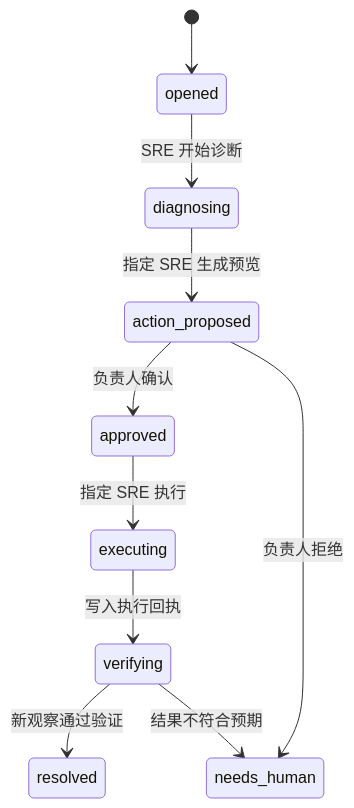
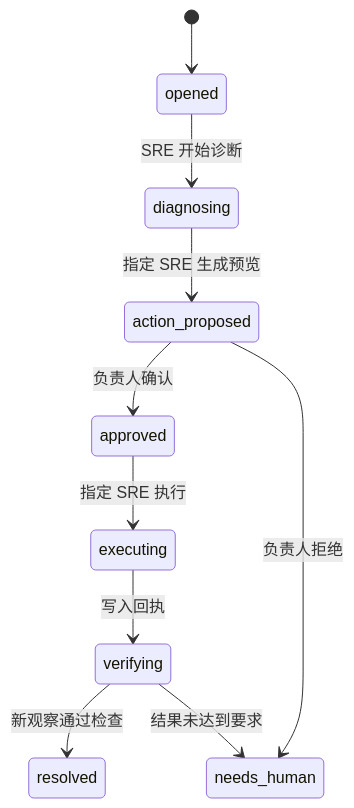
The second of 2 diagrams in book/part-4/chapter-17.md (LENSHOOD/enterprise-context-book), drawn with Mermaid before and after one commit. The commit also changed other lines of this file and 10 other files, not shown here.

Commit message:
docs: structure chapter 17 around task flow and clarify part four (rc.24) (#26)

````diff
--- a/book/part-4/chapter-17.md
+++ b/book/part-4/chapter-17.md
@@ -146,12 +184,12 @@
 ```mermaid
 stateDiagram-v2
   [*] --> opened
   opened --> diagnosing: SRE 开始诊断
   diagnosing --> action_proposed: 指定 SRE 生成预览
   action_proposed --> approved: 负责人确认
   action_proposed --> needs_human: 负责人拒绝
   approved --> executing: 指定 SRE 执行
-  executing --> verifying: 写入执行回执
-  verifying --> resolved: 新观察通过验证
-  verifying --> needs_human: 结果不符合预期
+  executing --> verifying: 写入回执
+  verifying --> resolved: 新观察通过检查
+  verifying --> needs_human: 结果未达到要求
 ```
````
